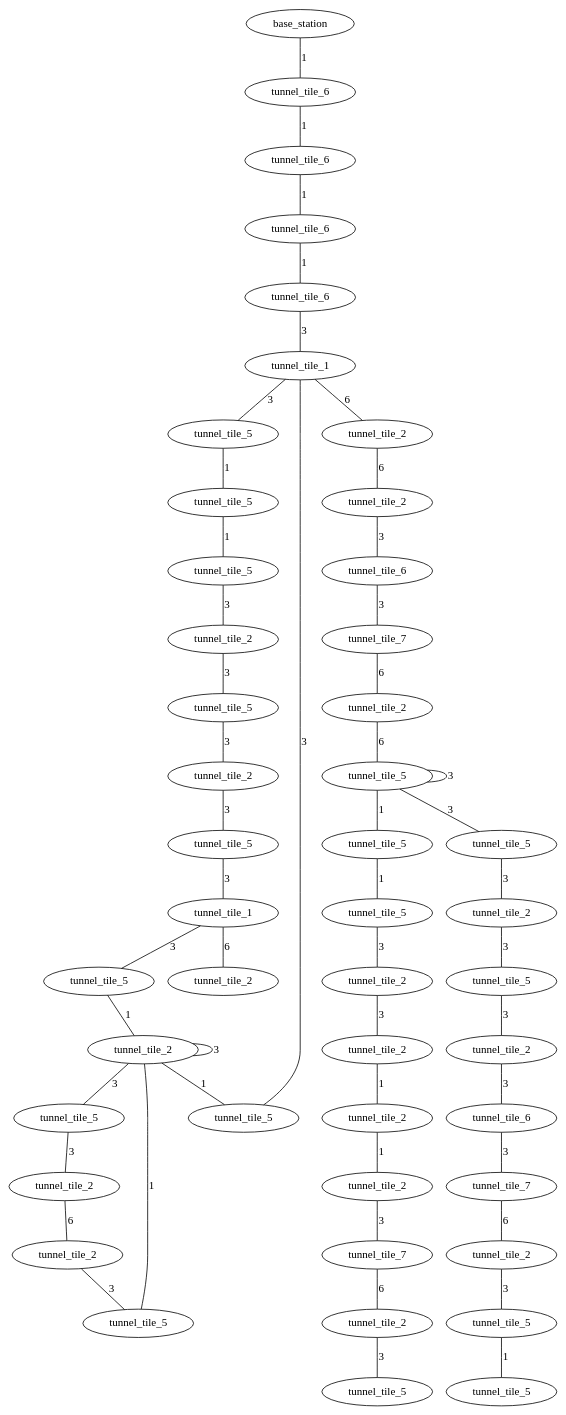
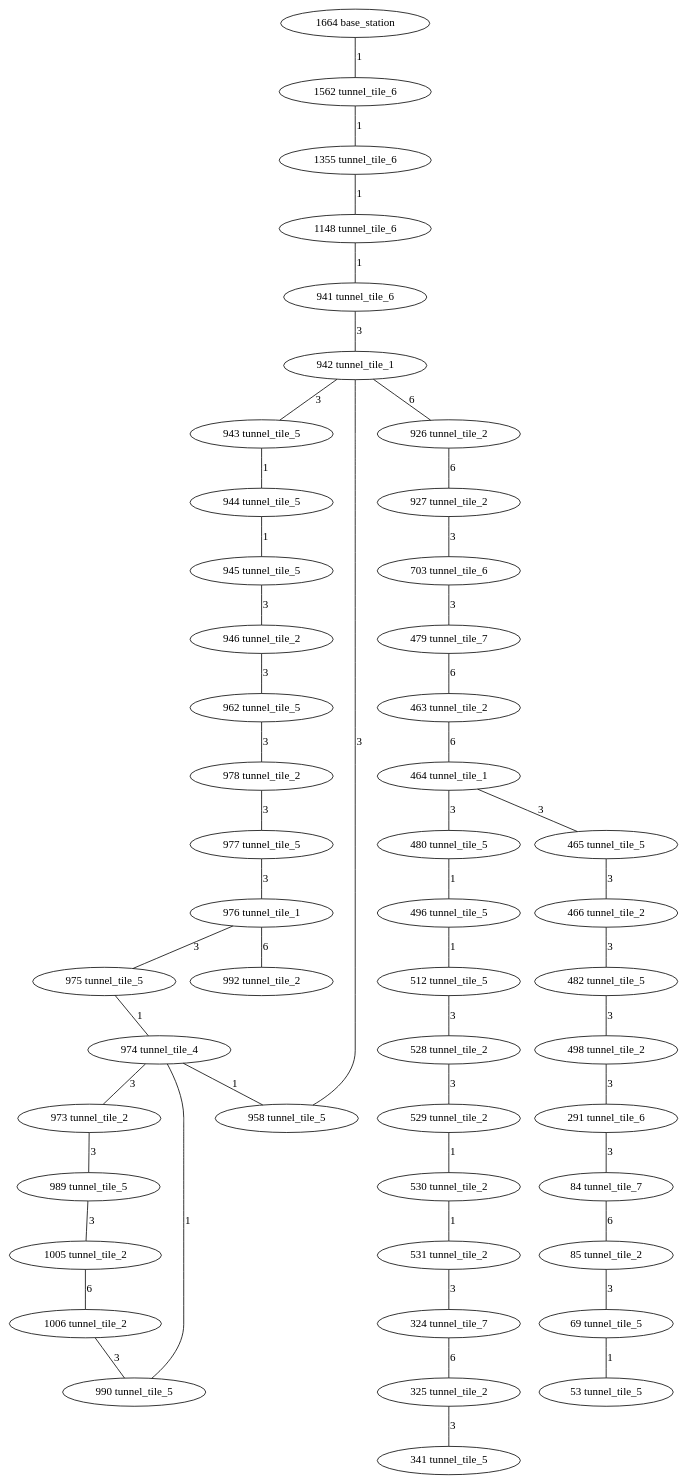
One commit to osrf/subt changed the diagram in subt_gazebo/worlds/tunnel_practice_1.dot. Above: the diagram before and after it, drawn with Graphviz. The commit also changed 5 other files, not shown here.

```diff
--- a/subt_gazebo/worlds/tunnel_practice_1.dot
+++ b/subt_gazebo/worlds/tunnel_practice_1.dot
@@ -1,181 +1,184 @@
 
 /* Visibility graph for tunnel_practice_1.world */
 
 /* SubT tunnel parameters   */
-/* <ATTRIBUTE> min_x -20.0  */
-/* <ATTRIBUTE> max_x 300.0  */
+/* <ATTRIBUTE> min_x -10.0  */
+/* <ATTRIBUTE> max_x 290.0  */
 /* <ATTRIBUTE> step_x 20.0  */
-/* <ATTRIBUTE> min_y -120.0 */
-/* <ATTRIBUTE> max_y 120.0  */
+/* <ATTRIBUTE> min_y -130.0 */
+/* <ATTRIBUTE> max_y 130.0  */
 /* <ATTRIBUTE> step_y 20.0  */
-/* <ATTRIBUTE> min_z -40.0  */
-/* <ATTRIBUTE> max_z  0     */
-/* <ATTRIBUTE> step_z 2.5   */
+/* <ATTRIBUTE> min_z -37.5  */
+/* <ATTRIBUTE> max_z  2.5   */
+/* <ATTRIBUTE> step_z 5     */
 
 graph {
   /* Vertices */
 
+  /* Base station */
+  /* (-8,0,0) */
+  1664 [label="1664 base_station"];
+  
   /* (20,0,-5) */
-  2786  [label=tunnel_tile_6];
-  /* (40,0,-10) */
-  2403  [label=tunnel_tile_6];
+  1562 [label="1562 tunnel_tile_6"];
+  /* ((40,0,-10) */
+  1355 [label="1355 tunnel_tile_6"];
   /* (60,0,-15) */
-  2020  [label=tunnel_tile_6];
+  1148 [label="1148 tunnel_tile_6"];
   /* (80,0,-20) */
-  1637  [label=tunnel_tile_6];
+  941 [label="941 tunnel_tile_6"];
   /* (100,0,-20) */
-  1638  [label=tunnel_tile_1];
+  942 [label="942 tunnel_tile_1"];
   /* (120,0,-20) */
-  1639  [label=tunnel_tile_5];
+  943 [label="943 tunnel_tile_5"];
   /* (140,0,-20) */
-  1640  [label=tunnel_tile_5];
+  944 [label="944 tunnel_tile_5"];
   /* (160,0,-20) */
-  1641  [label=tunnel_tile_5];
+  945 [label="945 tunnel_tile_5"];
   /* (180,0,-20) */
-  2642  [label=tunnel_tile_2];
+  946 [label="946 tunnel_tile_2"];
   /* (180,20,-20) */
-  1658  [label=tunnel_tile_5];
+  962 [label="962 tunnel_tile_5"];
   /* (180,40,-20) */
-  1674  [label=tunnel_tile_2];
+  978 [label="978 tunnel_tile_2"];
   /* (160,40,-20) */
-  1673  [label=tunnel_tile_5];
+  977 [label="977 tunnel_tile_5"];
   /* (140,40,-20) */
-  1672  [label=tunnel_tile_1];
-  /* (120,40,-20) */
-  1671  [label=tunnel_tile_5];
-
+  976 [label="976 tunnel_tile_1"];
+  /* ((120,40,-20) */
+  975 [label="975 tunnel_tile_5"];
+  
   /* (100,40,-20) */
-  1670 [label=tunnel_tile_4];
-
+  974 [label="974 tunnel_tile_4"];
+  
   /* (80,40,-20) */
-  1670  [label=tunnel_tile_2];
+  973  [label="973 tunnel_tile_2"];
   /* (80,60,-20) */
-  1685  [label=tunnel_tile_5];
+  989 [label="989 tunnel_tile_5"];
   /* (80,80,-20) */
-  1701  [label=tunnel_tile_2];
+  1005 [label="1005 tunnel_tile_2"];
   /* (100,80,-20) */
-  1702  [label=tunnel_tile_2];
+  1006 [label="1006 tunnel_tile_2"];
   /* (100,60,-20) */
-  1686  [label=tunnel_tile_5];
+  990 [label="990 tunnel_tile_5"];
   /* (100,20,-20) */
-  1654  [label=tunnel_tile_5];
+  958 [label="958 tunnel_tile_5"];
   /* (140,60,-20) */
-  1688  [label=tunnel_tile_2];
+  992 [label="992 tunnel_tile_2"];
   /* (100,-20,-20) */
-  1622  [label=tunnel_tile_2];
+  926 [label="926 tunnel_tile_2"];
   /* (120,-20,-20) */
-  1623  [label=tunnel_tile_2];
+  927 [label="927 tunnel_tile_2"];
   /* (120,-40,-25) */
-  1223  [label=tunnel_tile_6];
+  703 [label="703 tunnel_tile_6"];
   /* (120,-60,-30) */
-  823   [label=tunnel_tile_7];
+  479 [label="479 tunnel_tile_7"];
   /* (120,-80,-30) */
-  807   [label=tunnel_tile_2];
+  463 [label="463 tunnel_tile_2"];
   /* (140,-80,-30) */
-  808   [label=tunnel_tile_1];
+  464 [label="464 tunnel_tile_1"];
   /* (140,-60,-30) */
-  808   [label=tunnel_tile_5];
+  480 [label="480 tunnel_tile_5"];
   /* (140,-40,-30) */
-  840   [label=tunnel_tile_5];
+  496 [label="496 tunnel_tile_5"];
   /* (140,-20,-30) */
-  856   [label=tunnel_tile_5];
+  512 [label="512 tunnel_tile_5"];
   /* (140,0,-30) */
-  872   [label=tunnel_tile_2];
+  528 [label="528 tunnel_tile_2"];
   /* (160,0,-30) */
-  873   [label=tunnel_tile_2];
+  529 [label="529 tunnel_tile_2"];
   /* (180,0,-30) */
-  874   [label=tunnel_tile_2];
+  530 [label="530 tunnel_tile_2"];
   /* (200,0,-30) */
-  875   [label=tunnel_tile_2];
+  531 [label="531 tunnel_tile_2"];
   /* (220,0,-35) */
-  492   [label=tunnel_tile_7];
+  324 [label="324 tunnel_tile_7"];
   /* (240,0,-35) */
-  493   [label=tunnel_tile_2];
+  325 [label="325 tunnel_tile_2"];
   /* (240,20,-35) */
-  509   [label=tunnel_tile_5];
+  341 [label="341 tunnel_tile_5"];
   /* (160,-80,-30) */
-  809   [label=tunnel_tile_5];
+  465 [label="465 tunnel_tile_5"];
   /* (180,-80,-30) */
-  810   [label=tunnel_tile_2];
+  466 [label="466 tunnel_tile_2"];
   /* (180,-60,-30) */
-  826   [label=tunnel_tile_5];
+  482 [label="482 tunnel_tile_5"];
   /* (180,-40,-30) */
-  842   [label=tunnel_tile_2];
+  498 [label="498 tunnel_tile_2"];
   /* (200,-40,-35) */
-  459   [label=tunnel_tile_6];
+  291 [label="291 tunnel_tile_6"];
   /* (220,-40,-40) */
-  76    [label=tunnel_tile_7];
+  84 [label="84 tunnel_tile_7"];
   /* (240,-40,-40) */
-  77    [label=tunnel_tile_2];
+  85 [label="85 tunnel_tile_2"];
   /* (240,-60,-40) */
-  61    [label=tunnel_tile_5];
+  69 [label="69 tunnel_tile_5"];
   /* (240,-80,-40) */
-  45    [label=tunnel_tile_5];
-  /* (-8,0,0) */
-  3168  [label=base_station];
+  53 [label="53 tunnel_tile_5"];
 
   /* Edges */
 
   /* Base station */
-  3168 -- 2786 [label=1]
-  2786 -- 2403 [label=1];
-  2403 -- 2020 [label=1];
-  2020 -- 1637 [label=1];
-  1637 -- 1638 [label=3];
+  1664 -- 1562 [label=1]
+
+  1562 -- 1355 [label=1];
+  1355 -- 1148 [label=1];
+  1148 -- 941  [label=1];
+  941  -- 942  [label=3];
   
   /* Intersection */
-  1638 -- 1639 [label=3];
-  1638 -- 1654 [label=3];
-  1638 -- 1622 [label=6];
-    
-  1639 -- 1640 [label=1];
-  1640 -- 1641 [label=1];
-  1641 -- 2642 [label=3];
-  2642 -- 1658 [label=3];
-  1658 -- 1674 [label=3];
-  1674 -- 1673 [label=3];
-  1673 -- 1672 [label=3];
+  942 -- 943  [label=3];
+  942 -- 958  [label=3];
+  942 -- 926  [label=6];
+     
+  943 -- 944  [label=1];
+  944 -- 945  [label=1];
+  945 -- 946  [label=3];
+  946 -- 962  [label=3];
+  962 -- 978  [label=3];
+  978 -- 977  [label=3];
+  977 -- 976  [label=3];
 
   /* Intersection */
-  1672 -- 1671  [label=3];
-  1672 -- 1688  [label=6];
-  1671 -- 1670 [label=1];
+  976 -- 975  [label=3];
+  976 -- 992  [label=6];
+  975 -- 974  [label=1];
 
   /* Intersection */
-  1670 -- 1670 [label=3];
-  1670 -- 1686 [label=1];
-  1670 -- 1654 [label=1];
+  974  -- 973  [label=3];
+  974  -- 990  [label=1];
+  974  -- 958  [label=1];
  
-  1670  -- 1685  [label=3];
-  1685  -- 1701  [label=3];
-  1701  -- 1702  [label=6];
-  1702  -- 1686  [label=3];
-  1622  -- 1623  [label=6];
-  1623  -- 1223  [label=3];
-  1223  -- 823   [label=3];
-  823   -- 807   [label=6];
-  807   -- 808   [label=6];
+  973  -- 989  [label=3];
+  989  -- 1005  [label=3];
+  1005  -- 1006  [label=6];
+  1006  -- 990  [label=3];
+  926  -- 927  [label=6];
+  927  -- 703  [label=3];
+  703  -- 479  [label=3];
+  479  -- 463  [label=6];
+  463  -- 464  [label=6];
 
   /* Intersection */
-  808  -- 808  [label=3];
-  808  -- 809  [label=3];
+  464  -- 480  [label=3];
+  464  -- 465  [label=3];
  
-  808  -- 840  [label=1];
-  840  -- 856  [label=1];
-  856  -- 872  [label=3];
-  872  -- 873  [label=3];
-  873  -- 874  [label=1];
-  874  -- 875  [label=1];
-  875  -- 492  [label=3];
-  492  -- 493  [label=6];
-  493  -- 509  [label=3];
+  480  -- 496  [label=1];
+  496  -- 512  [label=1];
+  512  -- 528  [label=3];
+  528  -- 529  [label=3];
+  529  -- 530  [label=1];
+  530  -- 531  [label=1];
+  531  -- 324  [label=3];
+  324  -- 325  [label=6];
+  325  -- 341  [label=3];
  
-  809  -- 810  [label=3];
-  810  -- 826  [label=3];
-  826  -- 842  [label=3];
-  842  -- 459  [label=3];
-  459  -- 76   [label=3];
-  76   -- 77   [label=6];
-  77   -- 61   [label=3];
-  61   -- 45   [label=1];
+  465  -- 466  [label=3];
+  466  -- 482  [label=3];
+  482  -- 498  [label=3];
+  498  -- 291  [label=3];
+  291  -- 84   [label=3];
+  84   -- 85   [label=6];
+  85   -- 69   [label=3];
+  69   -- 53   [label=1];
 }
```
